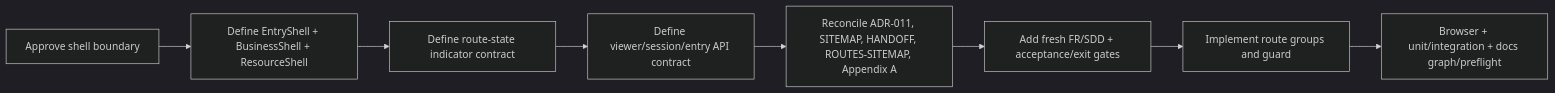
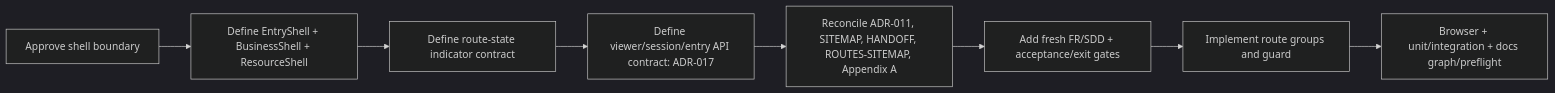
The second of 2 diagrams in docs/INTERFACE-INVENTORY-V2.md (Freshair129/zuri.ai), drawn with Mermaid (dark theme) before and after one commit. The commit also changed other lines of this file and 63 other files, not shown here.

Commit message:
Implement trusted viewer entry contract

````diff
--- a/docs/INTERFACE-INVENTORY-V2.md
+++ b/docs/INTERFACE-INVENTORY-V2.md
@@ -247,10 +247,10 @@
 ```mermaid
 flowchart LR
   W0[Approve shell boundary] --> W1[Define EntryShell + BusinessShell + ResourceShell]
   W1 --> W2[Define route-state indicator contract]
-  W2 --> W3[Define viewer/session/entry API contract]
+  W2 --> W3[Define viewer/session/entry API contract: ADR-017]
   W3 --> W4[Reconcile ADR-011, SITEMAP, HANDOFF, ROUTES-SITEMAP, Appendix A]
   W4 --> W5[Add fresh FR/SDD + acceptance/exit gates]
   W5 --> W6[Implement route groups and guard]
   W6 --> W7[Browser + unit/integration + docs graph/preflight]
 ```
````
